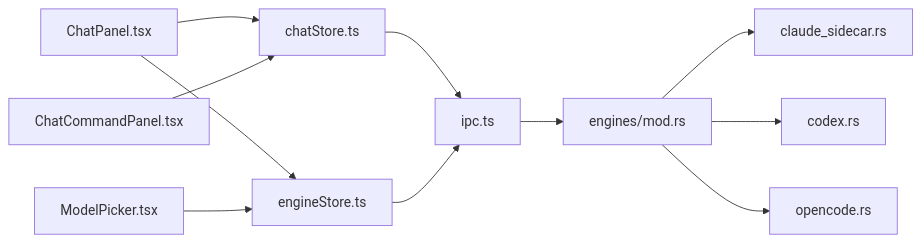
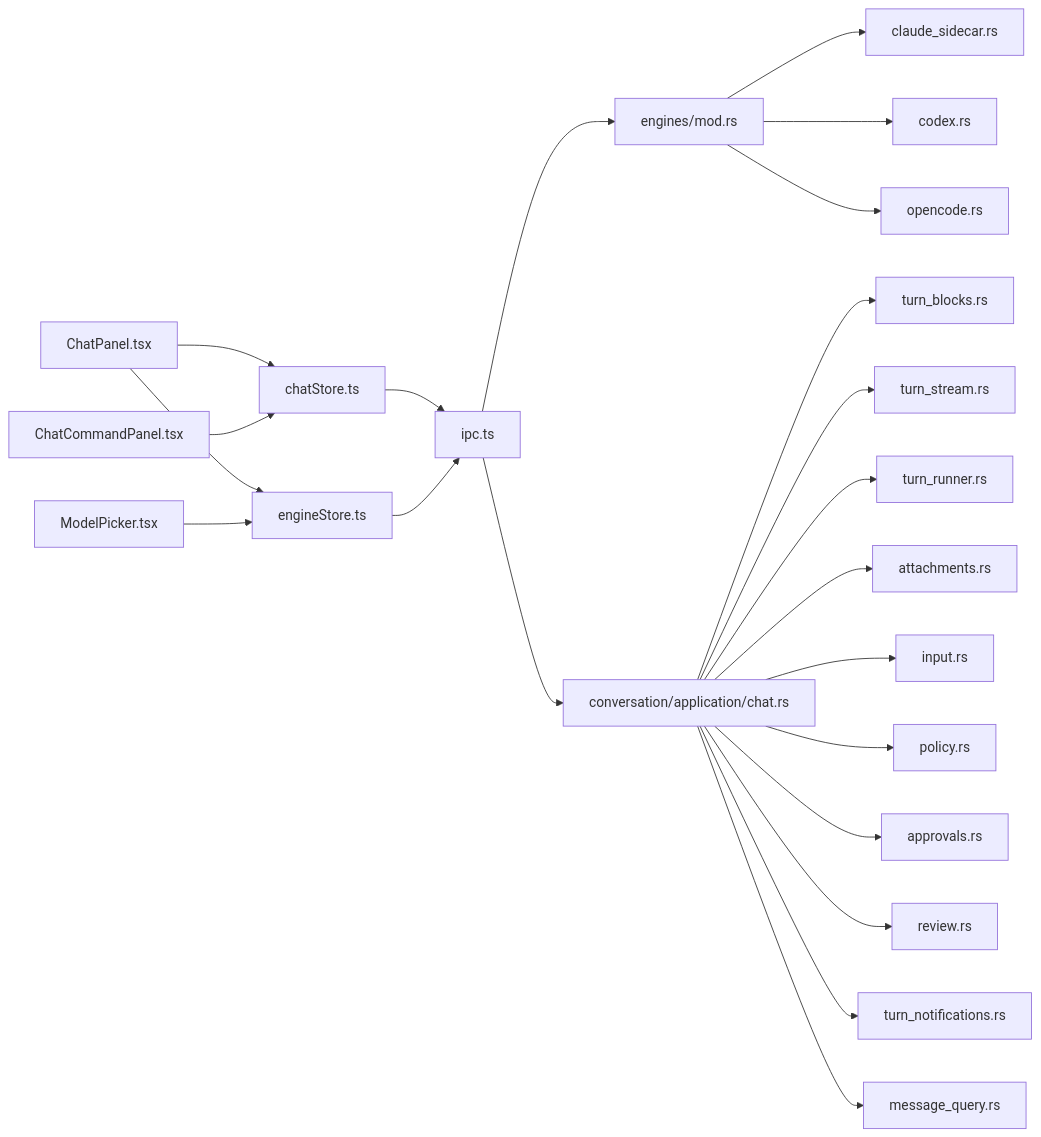
One commit to yattin/panes changed the eighth of 8 diagrams in .qoder/repowiki/zh/content/核心功能/聊天和 AI 集成/聊天和 AI 集成.md. Above: the diagram before and after it, drawn with Mermaid. The commit also changed other lines of this file and 45 other files, not shown here.

````diff
--- a/.qoder/repowiki/zh/content/核心功能/聊天和 AI 集成/聊天和 AI 集成.md
+++ b/.qoder/repowiki/zh/content/核心功能/聊天和 AI 集成/聊天和 AI 集成.md
@@ -339,13 +623,24 @@
 ```mermaid
 graph LR
 ChatPanel["ChatPanel.tsx"] --> chatStore["chatStore.ts"]
 ChatPanel --> engineStore["engineStore.ts"]
 ModelPicker["ModelPicker.tsx"] --> engineStore
 ChatCommandPanel["ChatCommandPanel.tsx"] --> chatStore
 chatStore --> IPC["ipc.ts"]
 engineStore --> IPC
 IPC --> engines_mod["engines/mod.rs"]
 engines_mod --> claude_sidecar["claude_sidecar.rs"]
 engines_mod --> codex["codex.rs"]
 engines_mod --> opencode["opencode.rs"]
+IPC --> conversation_chat["conversation/application/chat.rs"]
+conversation_chat --> turn_blocks["turn_blocks.rs"]
+conversation_chat --> turn_stream["turn_stream.rs"]
+conversation_chat --> turn_runner["turn_runner.rs"]
+conversation_chat --> attachments["attachments.rs"]
+conversation_chat --> input["input.rs"]
+conversation_chat --> policy["policy.rs"]
+conversation_chat --> approvals["approvals.rs"]
+conversation_chat --> review["review.rs"]
+conversation_chat --> notifications["turn_notifications.rs"]
+conversation_chat --> message_query["message_query.rs"]
 ```
````
